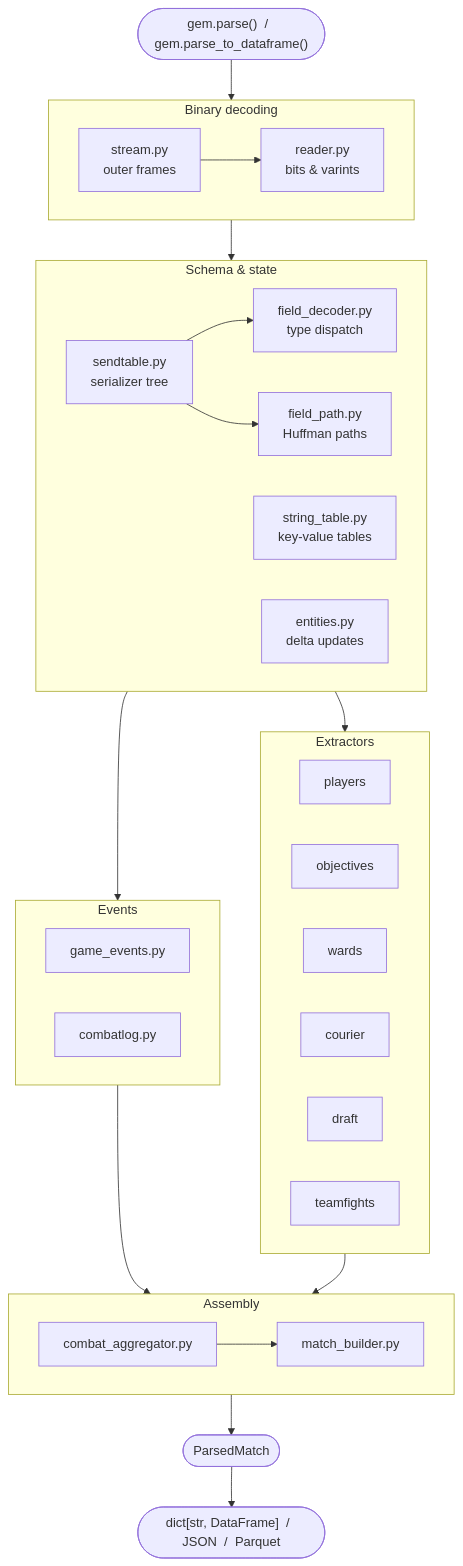
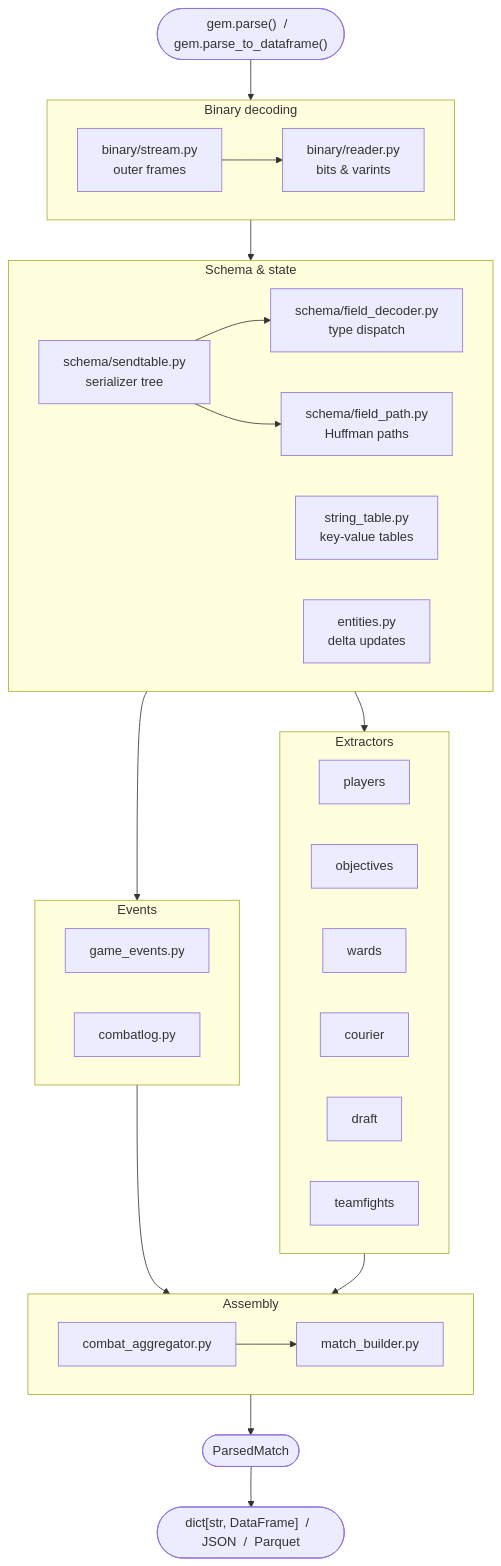
The diagram in docs/architecture.md (whanyu1212/gem-dota), drawn with Mermaid before and after one commit. The commit also changed other lines of this file and 47 other files, not shown here.

Commit message:
chore: split binary and schema modules

````diff
--- a/docs/architecture.md
+++ b/docs/architecture.md
@@ -10,49 +10,49 @@
 ```mermaid
 flowchart TD
     A(["gem.parse()  /  gem.parse_to_dataframe()"])
 
     subgraph BINARY ["Binary decoding"]
         direction LR
-        B["stream.py\nouter frames"] --> C["reader.py\nbits & varints"]
+        B["binary/stream.py\nouter frames"] --> C["binary/reader.py\nbits & varints"]
     end
 
     subgraph SCHEMA ["Schema & state"]
         direction LR
-        D["sendtable.py\nserializer tree"] --> E["field_decoder.py\ntype dispatch"]
-        D --> F["field_path.py\nHuffman paths"]
+        D["schema/sendtable.py\nserializer tree"] --> E["schema/field_decoder.py\ntype dispatch"]
+        D --> F["schema/field_path.py\nHuffman paths"]
         G["string_table.py\nkey-value tables"]
         H["entities.py\ndelta updates"]
     end
 
     subgraph EVENTS ["Events"]
         direction LR
         I["game_events.py"]
         J["combatlog.py"]
     end
 
     subgraph EXTRACT ["Extractors"]
         direction LR
         X1["players"]
         X2["objectives"]
         X3["wards"]
         X4["courier"]
         X5["draft"]
         X6["teamfights"]
     end
 
     subgraph ASSEMBLE ["Assembly"]
         K["combat_aggregator.py"] --> L["match_builder.py"]
     end
 
     O(["ParsedMatch"])
     P(["dict[str, DataFrame]  /  JSON  /  Parquet"])
 
     A --> BINARY
     BINARY --> SCHEMA
     SCHEMA --> EVENTS
     SCHEMA --> EXTRACT
     EVENTS --> ASSEMBLE
     EXTRACT --> ASSEMBLE
     ASSEMBLE --> O
     O --> P
 ```
````
